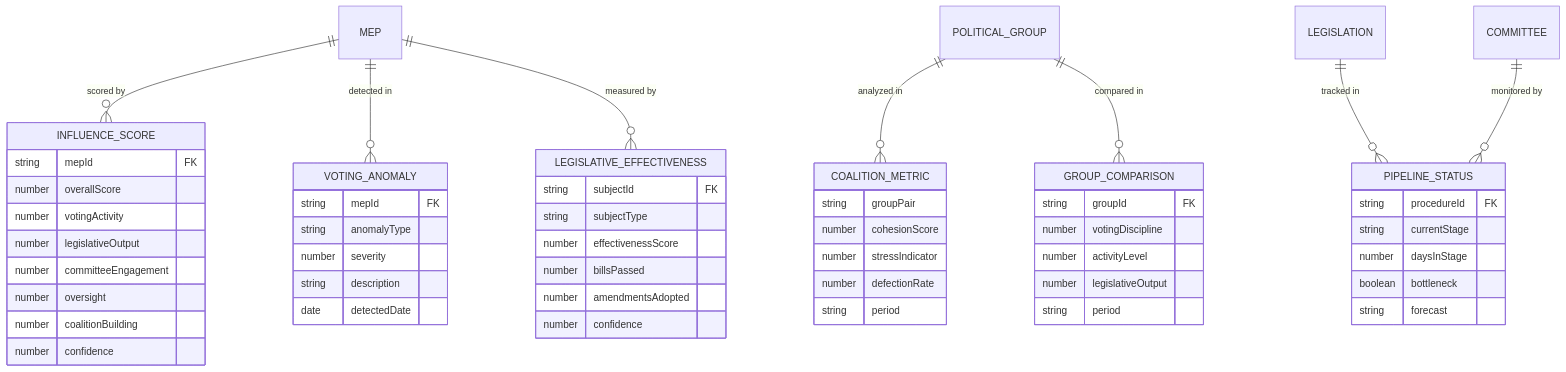
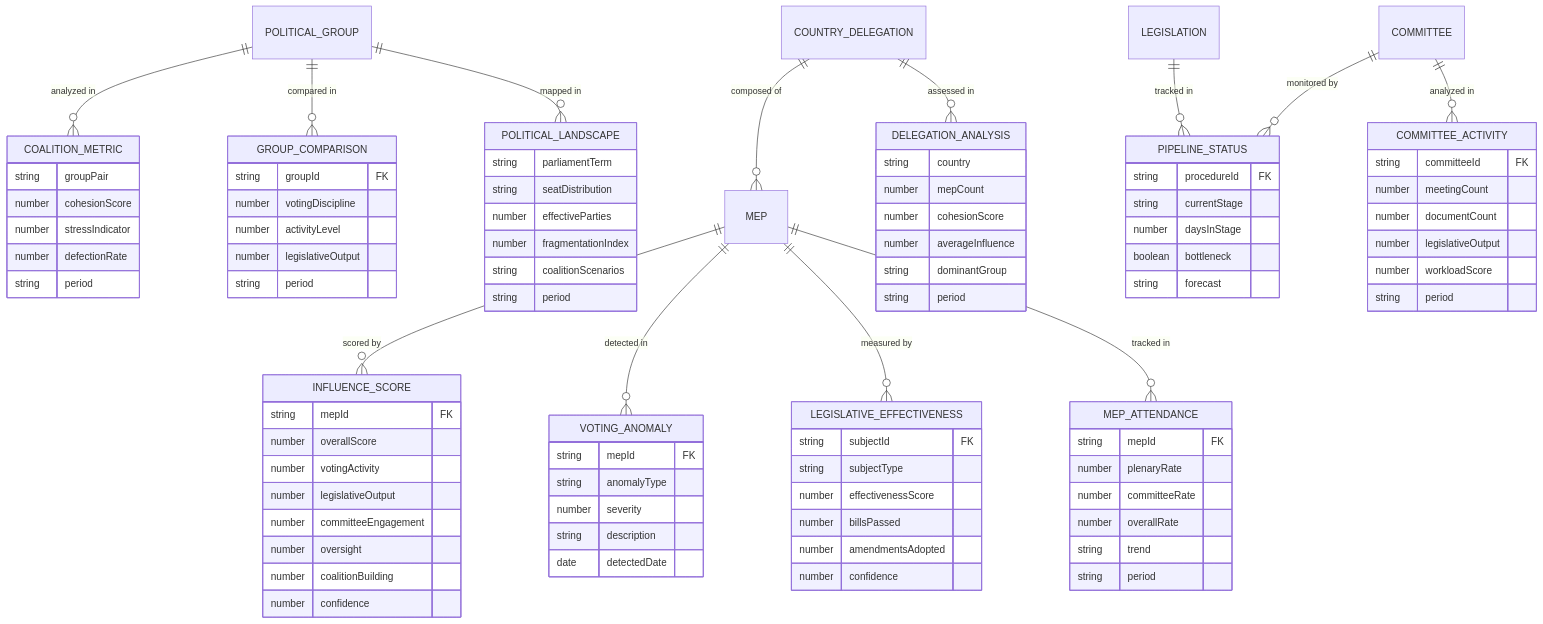
The second of 4 diagrams in docs/api/media/DATA_MODEL.md (Hack23/European-Parliament-MCP-Server), drawn with Mermaid before and after one commit. The commit also changed other lines of this file and 294 other files, not shown here.

````diff
--- a/docs/api/media/DATA_MODEL.md
+++ b/docs/api/media/DATA_MODEL.md
@@ -408,12 +408,18 @@
     MEP ||--o{ INFLUENCE_SCORE : "scored by"
     MEP ||--o{ VOTING_ANOMALY : "detected in"
     MEP ||--o{ LEGISLATIVE_EFFECTIVENESS : "measured by"
+    MEP ||--o{ MEP_ATTENDANCE : "tracked in"
     
     POLITICAL_GROUP ||--o{ COALITION_METRIC : "analyzed in"
     POLITICAL_GROUP ||--o{ GROUP_COMPARISON : "compared in"
+    POLITICAL_GROUP ||--o{ POLITICAL_LANDSCAPE : "mapped in"
     
     LEGISLATION ||--o{ PIPELINE_STATUS : "tracked in"
     COMMITTEE ||--o{ PIPELINE_STATUS : "monitored by"
+    COMMITTEE ||--o{ COMMITTEE_ACTIVITY : "analyzed in"
+    
+    COUNTRY_DELEGATION ||--o{ MEP : "composed of"
+    COUNTRY_DELEGATION ||--o{ DELEGATION_ANALYSIS : "assessed in"
     
     INFLUENCE_SCORE {
         string mepId FK
@@ -466,4 +472,40 @@
         boolean bottleneck
         string forecast
     }
+    
+    COMMITTEE_ACTIVITY {
+        string committeeId FK
+        number meetingCount
+        number documentCount
+        number legislativeOutput
+        number workloadScore
+        string period
+    }
+    
+    MEP_ATTENDANCE {
+        string mepId FK
+        number plenaryRate
+        number committeeRate
+        number overallRate
+        string trend
+        string period
+    }
+    
+    DELEGATION_ANALYSIS {
+        string country
+        number mepCount
+        number cohesionScore
+        number averageInfluence
+        string dominantGroup
+        string period
+    }
+    
+    POLITICAL_LANDSCAPE {
+        string parliamentTerm
+        string seatDistribution
+        number effectiveParties
+        number fragmentationIndex
+        string coalitionScenarios
+        string period
+    }
 ```
````
